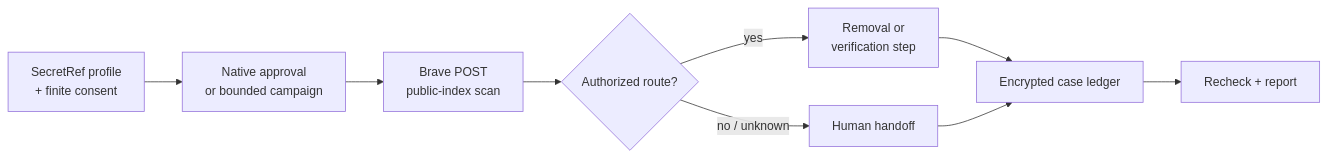
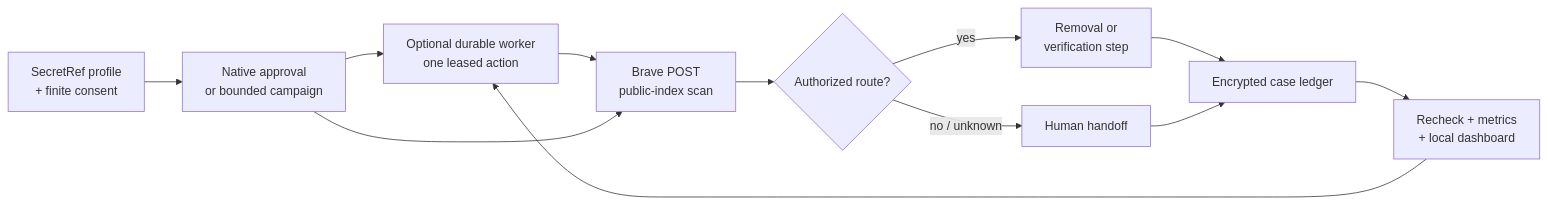
Before and after one commit to Olli0103/rightout: the diagram in README.md, drawn with Mermaid. The commit also changed other lines of this file and 29 other files, not shown here.

````diff
--- a/README.md
+++ b/README.md
@@ -55,11 +65,14 @@
 ```mermaid
 flowchart LR
     P["SecretRef profile<br/>+ finite consent"] --> A["Native approval<br/>or bounded campaign"]
-    A --> S["Brave POST<br/>public-index scan"]
+    A --> W["Optional durable worker<br/>one leased action"]
+    W --> S["Brave POST<br/>public-index scan"]
+    A --> S
     S --> D{"Authorized route?"}
     D -->|"yes"| R["Removal or<br/>verification step"]
     D -->|"no / unknown"| H["Human handoff"]
     R --> L["Encrypted case ledger"]
     H --> L
-    L --> C["Recheck + report"]
+    L --> C["Recheck + metrics<br/>+ local dashboard"]
+    C --> W
 ```
````
